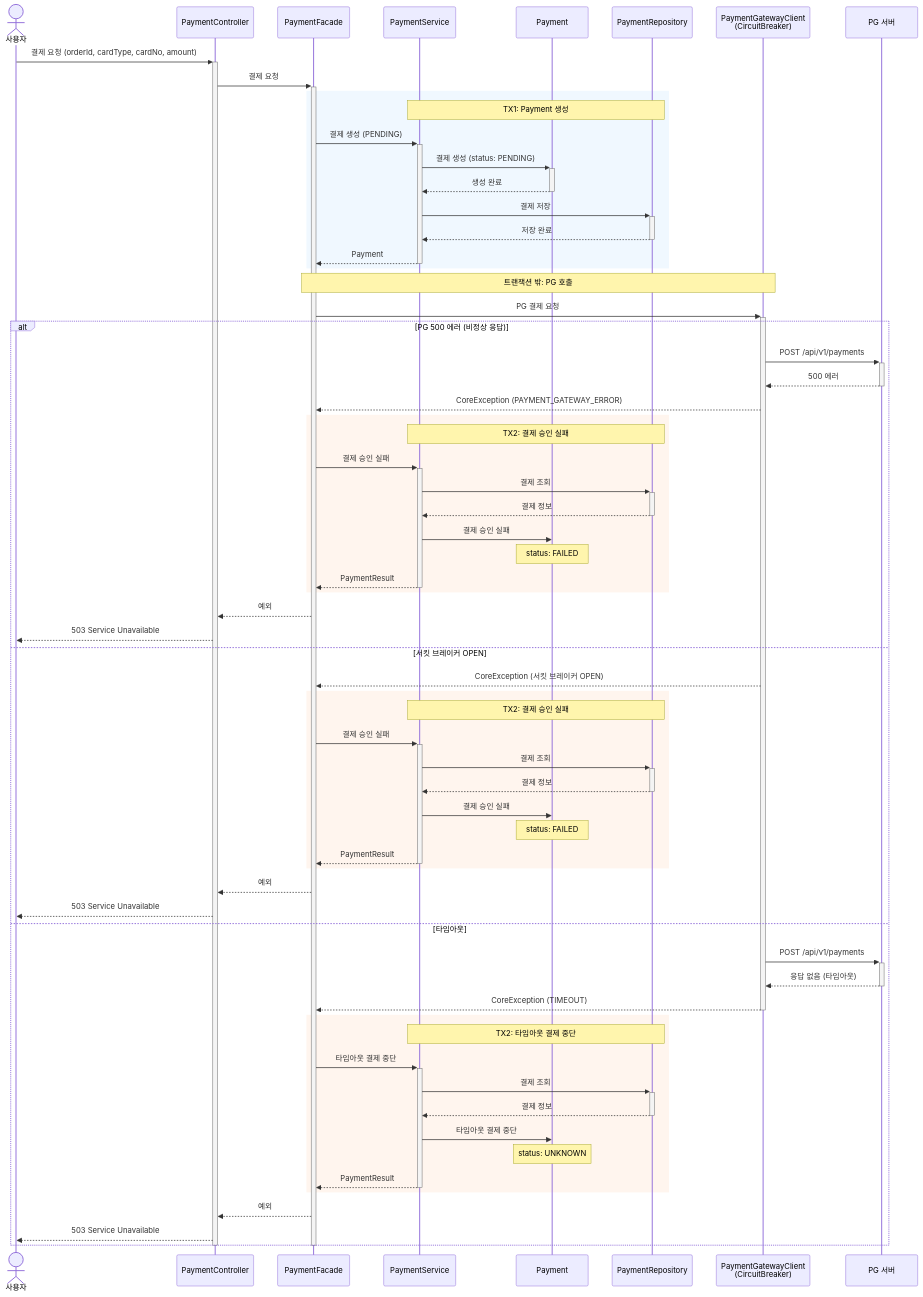
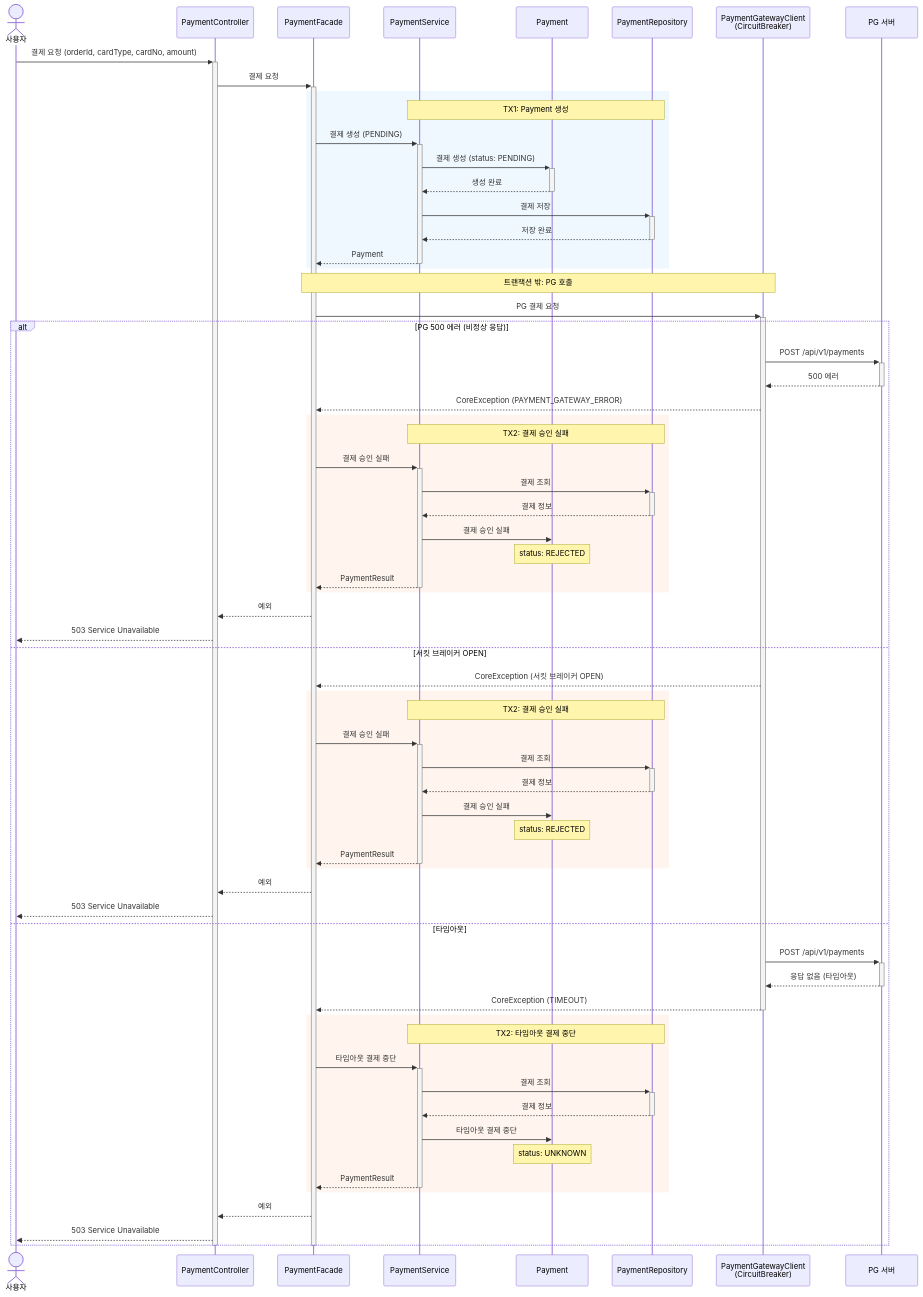
One commit to kimjunyoung90/loop-pack-be-l2-vol3-java changed diagram 33 of 34 in docs/design/02-sequence-diagrams.md. Above: the diagram before and after it, drawn with Mermaid. The commit also changed other lines of this file and 6 other files, not shown here.

First line of the commit message:
refactor: 결제 상태를 도메인 용어로 변경 (SUCCESS/FAILED → APPROVED/REJECTED)

```diff
--- a/docs/design/02-sequence-diagrams.md
+++ b/docs/design/02-sequence-diagrams.md
@@ -1306,7 +1306,7 @@
             PS->>+PR: 결제 조회
             PR-->>-PS: 결제 정보
             PS->>P: 결제 승인 실패
-            Note over P: status: FAILED
+            Note over P: status: REJECTED
             PS-->>-PF: PaymentResult
         end
 
@@ -1322,7 +1322,7 @@
             PS->>+PR: 결제 조회
             PR-->>-PS: 결제 정보
             PS->>P: 결제 승인 실패
-            Note over P: status: FAILED
+            Note over P: status: REJECTED
             PS-->>-PF: PaymentResult
         end
 
```
